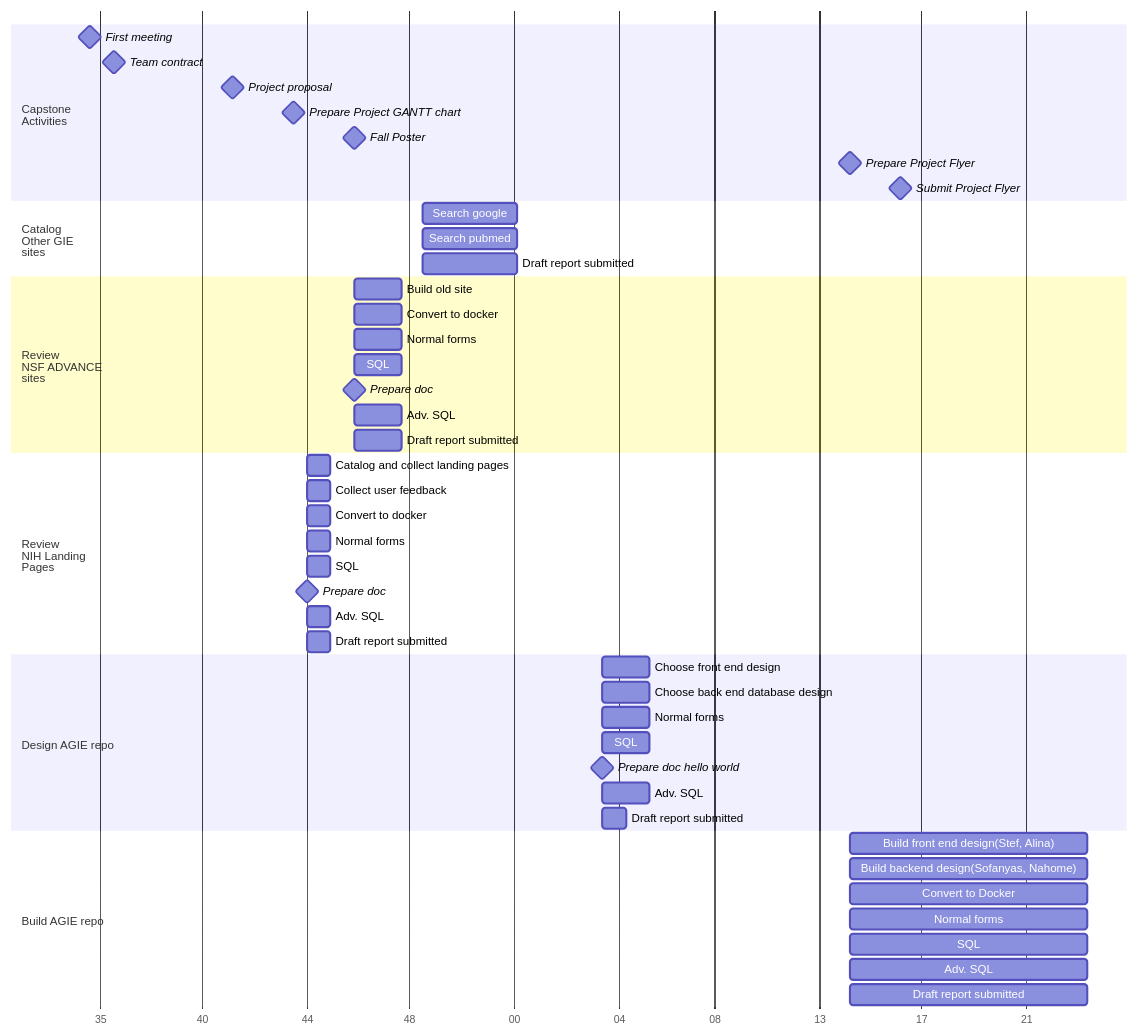
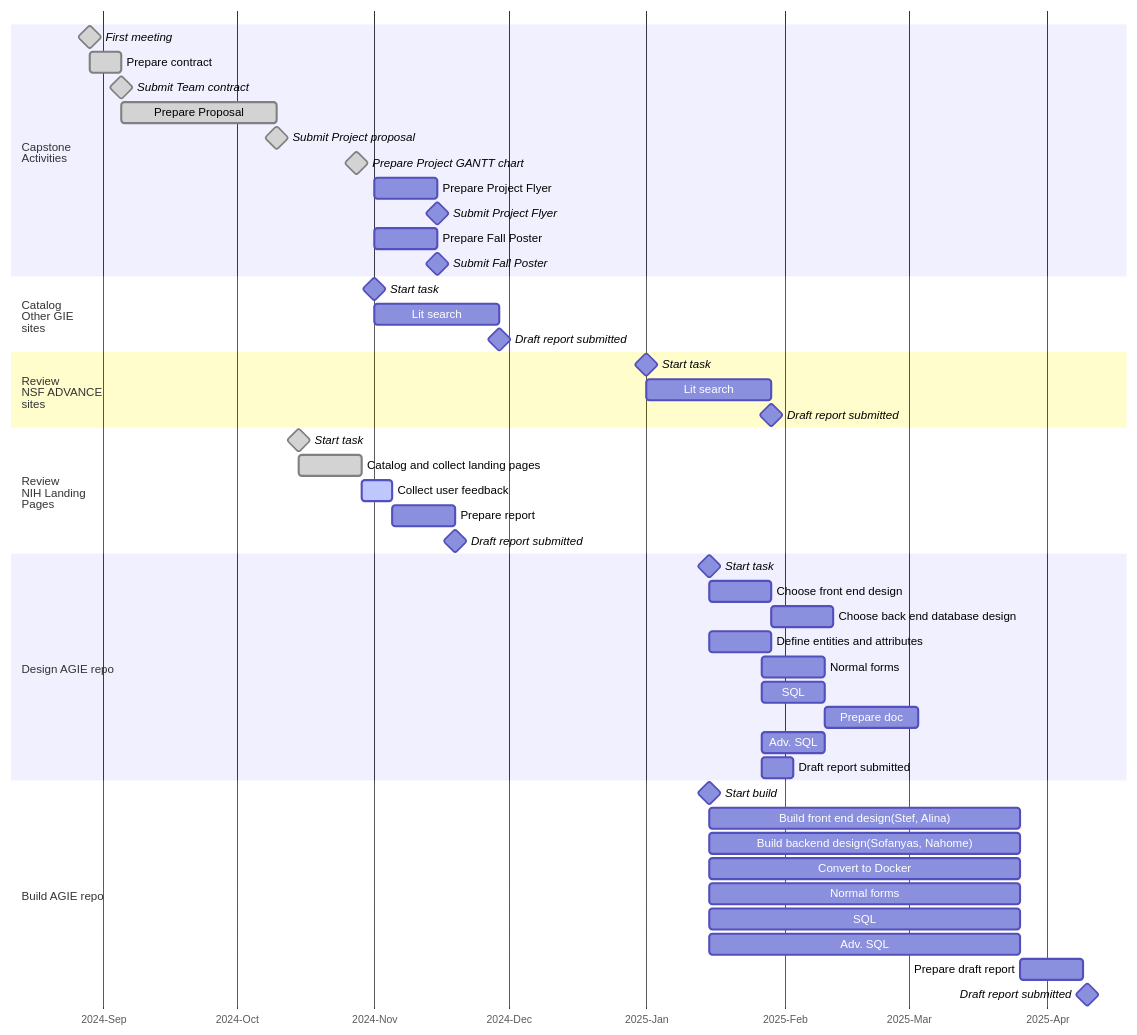
Before and after one commit to VCU-CS-Capstone/CS-25-307-AGIE-follow-on: the diagram in website/_gantt.qmd, drawn with Mermaid. The commit also changed 2 other files, not shown here.

Commit message:
Work on _gantt

````diff
--- a/website/_gantt.qmd
+++ b/website/_gantt.qmd
@@ -18,57 +18,85 @@
 ```{mermaid}
 gantt
-    dateFormat  M/DD/YYYY
-    axisFormat  %W
+    dateFormat  YYYY/MM/DD
+    axisFormat  %Y-%b
+
+    %% Capstone Activities are mandatory dates to track.
+    %% Be sure to include blocks of time to get stuff done.
 
     section Capstone<br/>Activities
-    First meeting: milestone, ca1, 8/29/2024, 0
-    Team contract: milestone, ca2, 9/05/2024, 0
-    Project proposal: milestone, ca3, 10/10/2024, 0
-    Prepare Project GANTT chart: milestone, ca4, 10/28/2024, 0
-    Fall Poster: milestone, ca5, 11/15/2024, 0
-    Prepare Project Flyer: milestone, ca6, 4/10/25, 0
-    Submit Project Flyer: milestone, ca7, 4/25/25, 0
+    First meeting: done, milestone, ca0, 8/29/2024, 0
+    Prepare contract : done, ca1, 8/29/2024, 1w
+    Submit Team contract: done, milestone, ca2, 9/05/2024, 0
+    Prepare Proposal: done, ca3, after ca2, 5w
+    Submit Project proposal: done, milestone, ca4, 10/10/2024, 0
 
+    Prepare Project GANTT chart: done, milestone, ca5, 10/28/2024,0
+
+    Prepare Project Flyer: 11/1/2024, 2w
+    Submit Project Flyer: milestone, ca7, 11/15/2024, 0
+
+    Prepare Fall Poster: ca8, 11/1/2024, 2w
+    Submit Fall Poster: milestone, ca9, 11/15/2024, 0
+
+    %% Catalog other sites
+    %% 
     section Catalog<br/>Other GIE<br/>sites
-    Search google : m1, 12/5/2024, 4w
-    Search pubmed : m2, 12/5/2024, 4w
-    Draft report submitted: m3, 12/5/2024, 4w
+    Start task : milestone, co0, 11/1/2024,0
+    Lit search : co2, after co0, 4w
+    Draft report submitted: milestone, after co1 co2
     
+    %% Review NSF ADVANCE sites and build database
+    %% This database can inform the final database.
+    %% What are the entities? relationships?
+
     section Review<br/>NSF ADVANCE<br/>sites
-    Build old site : m1, 11/15/2024, 2w
-    Convert to docker: m4, 11/15/2024, 2w
-    Normal forms: m5, 11/15/2024, 2w
-    SQL : m6, 11/15/2024, 2w
-    Prepare doc: milestone,m55, 11/15/2024, milestone
-    Adv. SQL: m7, 11/15/2024, 2w
-    Draft report submitted: m8, 11/15/2024, 2w
+    Start task : milestone, nsf0, 1/1/2025,0
+    Lit search : nsf1, after nsf0, 4w
+    Draft report submitted: milestone, nsf2, after nsf1, 0
+
+    %% NIH Review of Landing Pages
+
+    %% modify the start day and the length of each task
+    %% add additional tasks as necessary.
+    %% did you start landing page review already?  is this your
+    %% presentation on Friday, 11/1/2024?
 
     section Review<br/>NIH Landing<br/>Pages
-    Catalog and collect landing pages : m1, 11/1/2024, 1w
-    Collect user feedback: m4, 11/1/2024, 1w
-    Convert to docker: m4, 11/1/2024, 1w
-    Normal forms: m5, 11/1/2024, 1w
-    SQL: m6, 11/1/2024, 1w
-    Prepare doc: milestone, m55, 11/1/2024, milestone
-    Adv. SQL: m7, 11/1/2024, 1w
-    Draft report submitted: 11/1/2024, 1w
+    Start task : done, milestone, nih0, 10/15/2024, 0
+    Catalog and collect landing pages : done, nih1, after nih0, 2w
+    Collect user feedback: active, nih2, after nih1, 1w
+    Prepare report : nih3, after nih2, 2w
+    Draft report submitted: milestone, nih4, after nih3, 0
     
 
+    %% Design AGIE repository
+    %% Are these the correct tasks?
+    %% How was the last AGIE site designed?
+    %% What are you changing or improving?
+
     section Design AGIE repo
-    Choose front end design: m1, 1/27/2025, 2w
-    Choose back end database design: m4, 1/27/2025, 2w
-    Normal forms: m5, 1/27/2025, 2w
-    SQL: m6, 1/27/2025, 2w
-    Prepare doc hello world: milestone, m55, 1/27/2025, milestone
+    Start task : milestone, des0, 1/15/2025, 0
+    Choose front end design: des1, after des0, 2w
+    Choose back end database design: des2, after des1, 2w
+    Define entities and attributes: des3, after des0, 2w
+    Normal forms: des3, 1/27/2025, 2w
+    SQL: des4, 1/27/2025, 2w
+    Prepare doc: desc5, after des4, 3w
     Adv. SQL: m7, 1/27/2025, 2w
     Draft report submitted: 1/27/2025, 1w
 
+    %% Build AGIE repository
+    %% This is the easy part!  The design is hardest.
+    %% What are these steps?  They don't look like they belong.
+
     section Build AGIE repo
-    Build front end design(Stef, Alina): m1, 4/10/25, 10w
-    Build backend design(Sofanyas, Nahome): m4, 4/10/25, 10w
-    Convert to Docker: m5, 4/10/25, 10w
-    Normal forms: m5, 4/10/25, 10w
-    SQL : m6, 4/10/25, 10w
-    Adv. SQL: m7, 4/10/25, 10w
-    Draft report submitted: m8, 4/10/25, 10w
+    Start build: milestone, b00, 1/15/2025, 0w
+    Build front end design(Stef, Alina): b01, after b00, 10w
+    Build backend design(Sofanyas, Nahome): b02, after b00, 10w
+    Convert to Docker: b03, after b00, 10w
+    Normal forms: b04, after b00, 10w
+    SQL : b05, after b00, 10w
+    Adv. SQL: b06, after b00, 10w
+    Prepare draft report: b08, after b06, 2w
+    Draft report submitted: milestone, b07, 4/10/2025, 0
 ```
````
